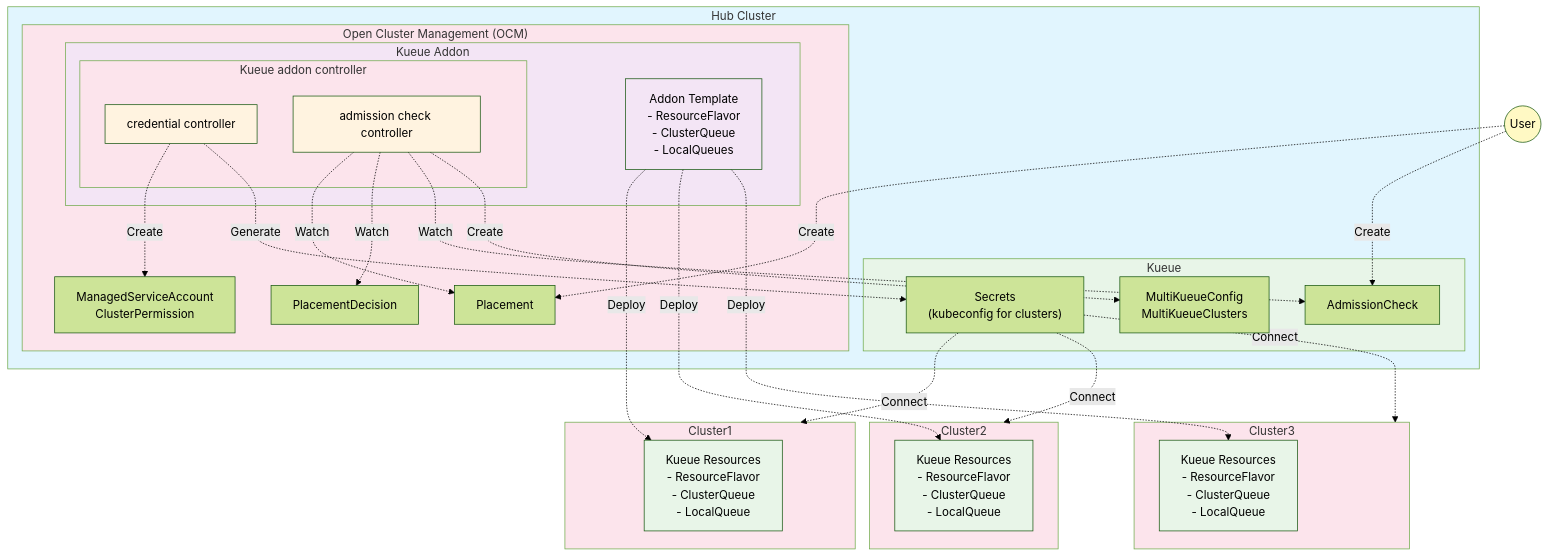
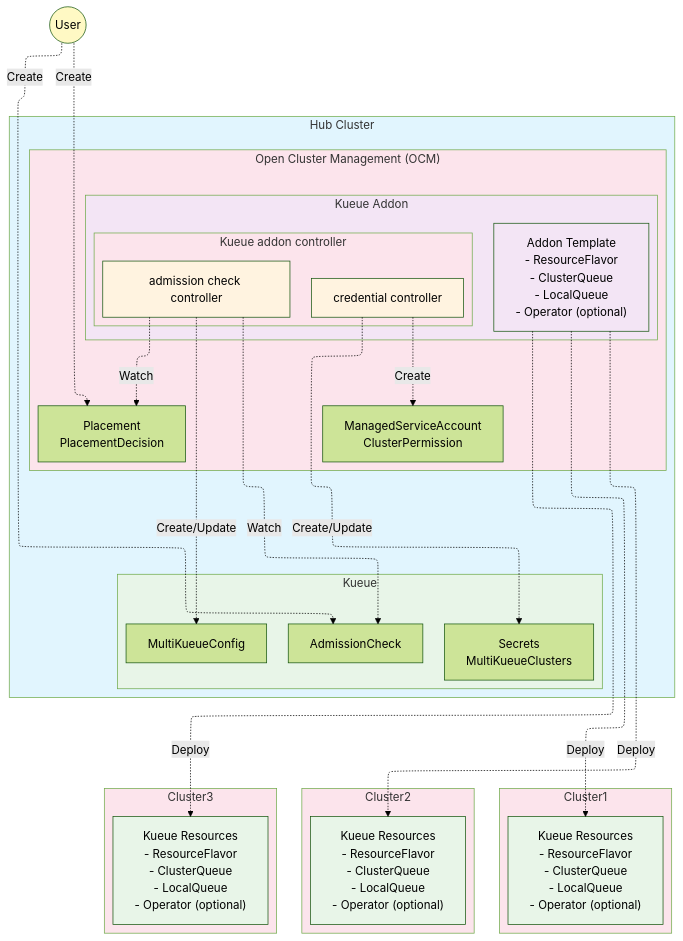
One commit to open-cluster-management-io/addon-contrib changed the diagram in kueue-addon/README.md. Above: the diagram before and after it, drawn with Mermaid (forest theme). The commit also changed 9 other files, not shown here.

Commit message:
Generate MultiKueueClusters by default for all the clusters (#67)

````diff
--- a/kueue-addon/README.md
+++ b/kueue-addon/README.md
@@ -24,80 +24,75 @@
 ```mermaid
+%%{init: { "flowchart": { "defaultRenderer": "elk" } } }%%
 graph TB
     %% User
     User((User))
     
     subgraph Hub["Hub Cluster"]
         subgraph OCM["Open Cluster Management (OCM)"]
             MSA["ManagedServiceAccount<br/>ClusterPermission"]
-            PL["Placement"]
-            PD["PlacementDecision"]
+            PL["Placement<br/>PlacementDecision"]
             
             subgraph KA["Kueue Addon"]
-                AT["Addon Template<br/>- ResourceFlavor<br/>- ClusterQueue<br/>- LocalQueues"]
+                AT["Addon Template<br/>- ResourceFlavor<br/>- ClusterQueue<br/>- LocalQueue<br/>- Operator (optional)"]
                 
                 subgraph KC["Kueue addon controller"]
                     CC["credential controller"]
                     AC["admission check controller"]
                 end
             end
 
         end
         
         subgraph Kueue["Kueue"]
-            SEC["Secrets<br/>(kubeconfig for clusters)"]
+            SEC["Secrets<br/>MultiKueueClusters"]
             ACR["AdmissionCheck"]
-            MKC["MultiKueueConfig<br/>MultiKueueClusters"]
+            MKC["MultiKueueConfig"]
         end
     end
     
     subgraph C1["Cluster1"]
-        KR1["Kueue Resources<br/>- ResourceFlavor<br/>- ClusterQueue<br/>- LocalQueue"]
+        KR1["Kueue Resources<br/>- ResourceFlavor<br/>- ClusterQueue<br/>- LocalQueue<br/>- Operator (optional)"]
     end
     
     subgraph C2["Cluster2"]
-        KR2["Kueue Resources<br/>- ResourceFlavor<br/>- ClusterQueue<br/>- LocalQueue"]
+        KR2["Kueue Resources<br/>- ResourceFlavor<br/>- ClusterQueue<br/>- LocalQueue<br/>- Operator (optional)"]
     end
     
     subgraph C3["Cluster3"]
-        KR3["Kueue Resources<br/>- ResourceFlavor<br/>- ClusterQueue<br/>- LocalQueue"]
+        KR3["Kueue Resources<br/>- ResourceFlavor<br/>- ClusterQueue<br/>- LocalQueue<br/>- Operator (optional)"]
     end
     
     %% User interactions
     User -.->|Create| PL
     User -.->|Create| ACR
     
     %% Credential Controller actions
     CC -.->|Create| MSA
-    CC -.->|Generate| SEC
+    CC -.->|Create/Update| SEC
     
     %% Admission Check Controller actions
     AC -.->|Watch| PL
-    AC -.->|Watch| PD
     AC -.->|Watch| ACR
-    AC -.->|Create| MKC
+    AC -.->|Create/Update| MKC
     
     %% Deployment flows
     AT -.->|Deploy| KR1
     AT -.->|Deploy| KR2
     AT -.->|Deploy| KR3
-    
-    SEC -.->|Connect| C1
-    SEC -.->|Connect| C2
-    SEC -.->|Connect| C3
     
     %% Styling
     classDef hubCluster fill:#e1f5fe
     classDef addon fill:#f3e5f5
     classDef controller fill:#fff3e0
     classDef kueue fill:#e8f5e8
     classDef cluster fill:#fce4ec
     classDef user fill:#fff9c4
     
     class Hub hubCluster
     class KA,AT addon
     class CC,AC controller
     class Kueue kueue
     class C1,C2,C3 cluster
     class KR1,KR2,KR3 kueue
     class User user
 ```
````
